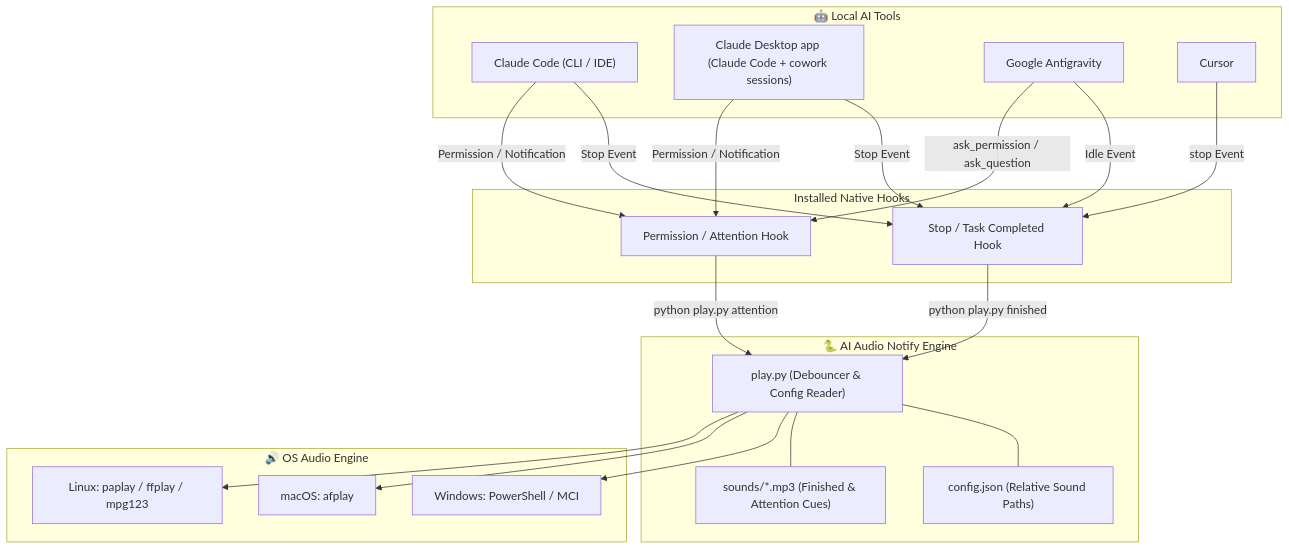
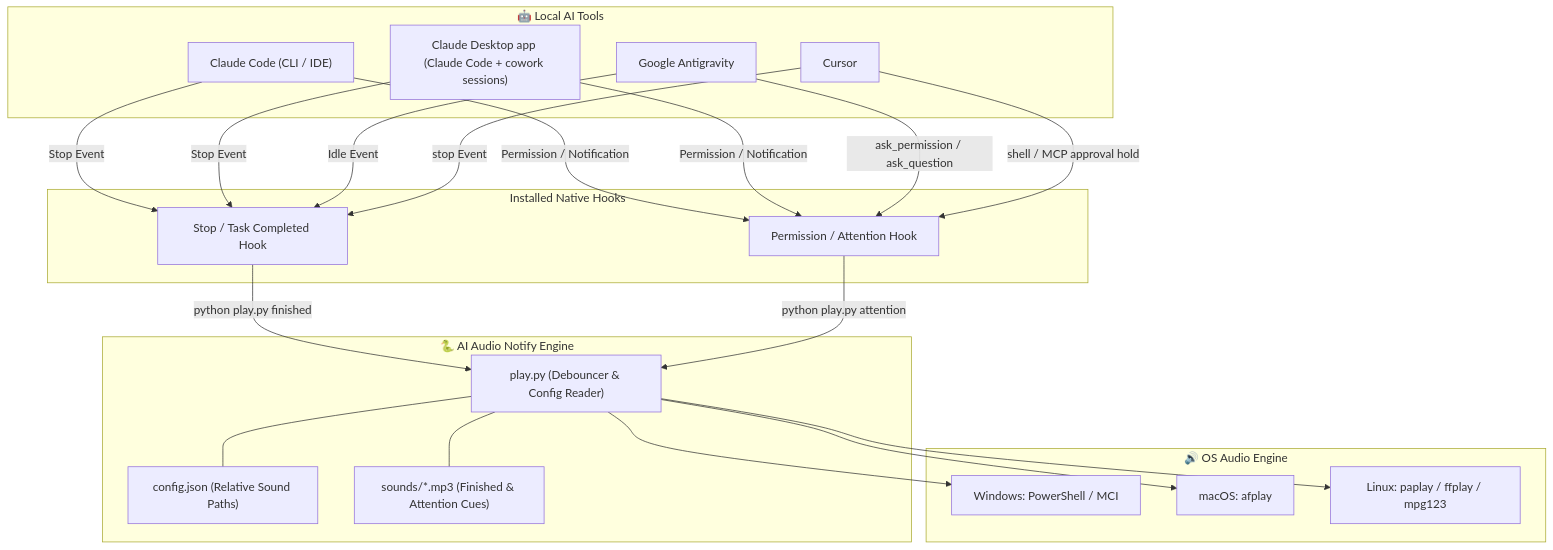
The diagram in README.md (VihaanMa11/ai-audio-notify), drawn with Mermaid before and after one commit. The commit also changed other lines of this file and 3 other files, not shown here.

````diff
--- a/README.md
+++ b/README.md
@@ -53,41 +53,42 @@
 ```mermaid
 flowchart TD
     subgraph AITools ["🤖 Local AI Tools"]
         CC["Claude Code (CLI / IDE)"]
         CD["Claude Desktop app (Claude Code + cowork sessions)"]
         AG["Google Antigravity"]
         CR["Cursor"]
     end
 
     subgraph Hooks ["Installed Native Hooks"]
         H_Stop["Stop / Task Completed Hook"]
         H_Attn["Permission / Attention Hook"]
     end
 
     subgraph CoreEngine ["🐍 AI Audio Notify Engine"]
         PlayPy["play.py (Debouncer & Config Reader)"]
         Config["config.json (Relative Sound Paths)"]
         AudioFiles["sounds/*.mp3 (Finished & Attention Cues)"]
     end
 
     subgraph AudioDriver ["🔊 OS Audio Engine"]
         Win["Windows: PowerShell / MCI"]
         Mac["macOS: afplay"]
         Nix["Linux: paplay / ffplay / mpg123"]
     end
 
     CC -->|Stop Event| H_Stop
     CC -->|Permission / Notification| H_Attn
     CD -->|Stop Event| H_Stop
     CD -->|Permission / Notification| H_Attn
     AG -->|Idle Event| H_Stop
     AG -->|ask_permission / ask_question| H_Attn
     CR -->|stop Event| H_Stop
+    CR -->|shell / MCP approval hold| H_Attn
 
     H_Stop -->|"python play.py finished"| PlayPy
     H_Attn -->|"python play.py attention"| PlayPy
 
     PlayPy --- Config
     PlayPy --- AudioFiles
     PlayPy --> Win & Mac & Nix
 ```
````
